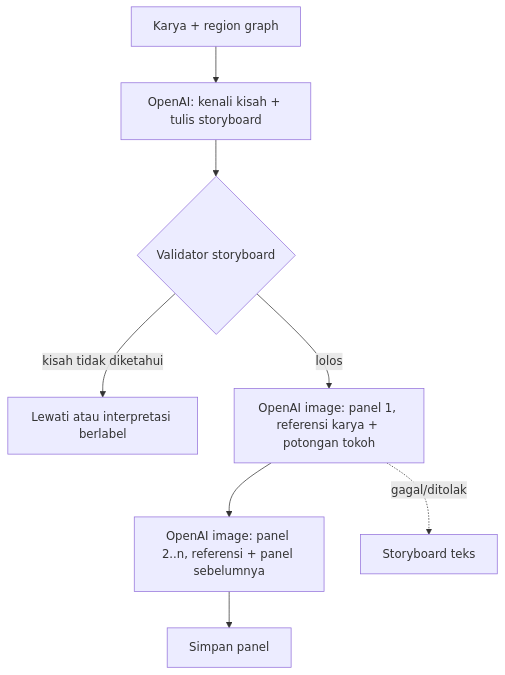
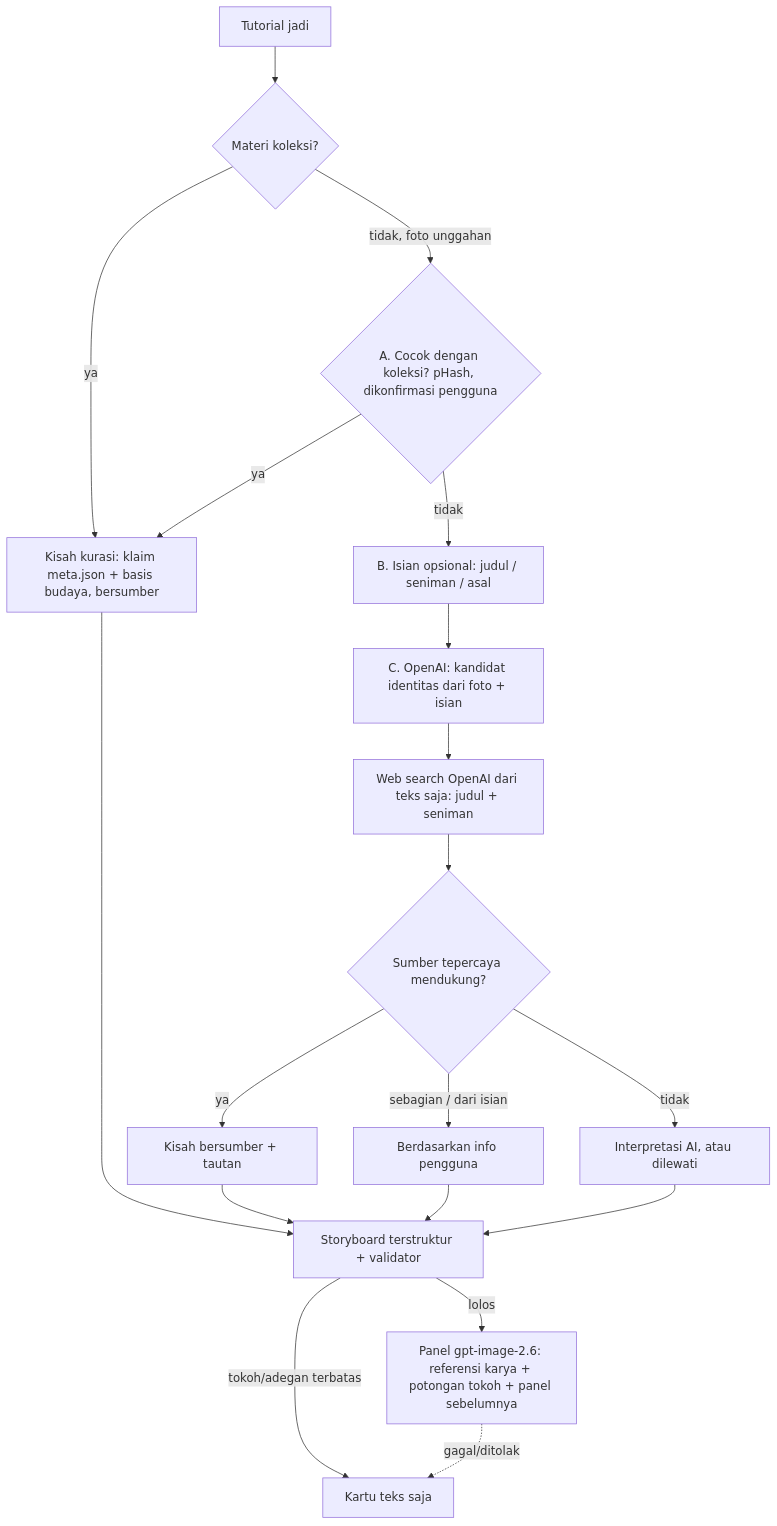
Before and after one commit to iqbalvrd/Rerupa: the second of 2 diagrams in RENCANA_PENGERJAAN.md, drawn with Mermaid. The commit also changed other lines of this file and 2 other files, not shown here.

Commit message:
Rencana Fase 8: storyline untuk koleksi dan foto unggahan
- Sumber kisah berlapis: kurasi koleksi -> cocok koleksi (dikonfirmasi pengguna) -> isian judul/seniman -> pencarian sumber web (teks saja)
- Klaim fakta hanya dengan sumber tepercaya + URL; label story_basis tampil di storyline (Kisah bersumber / Berdasarkan info dari kamu / Interpretasi AI)
- PRD (F15, FR16, kondisi alternatif, aturan storyline, endpoint, batas), RENCANA 4.8, diagram arsitektur 6.5

````diff
--- a/RENCANA_PENGERJAAN.md
+++ b/RENCANA_PENGERJAAN.md
@@ -239,10 +241,21 @@
 ```mermaid
 flowchart TD
-    A[Karya + region graph] --> B[OpenAI: kenali kisah + tulis storyboard]
-    B --> C{Validator storyboard}
-    C -- kisah tidak diketahui --> T[Lewati atau interpretasi berlabel]
-    C -- lolos --> D[OpenAI image: panel 1, referensi karya + potongan tokoh]
-    D --> E[OpenAI image: panel 2..n, referensi + panel sebelumnya]
-    E --> F[Simpan panel]
-    D -. gagal/ditolak .-> G[Storyboard teks]
+    S[Tutorial jadi] --> K{Materi koleksi?}
+    K -- ya --> KUR[Kisah kurasi: klaim meta.json + basis budaya, bersumber]
+    K -- tidak, foto unggahan --> M{A. Cocok dengan koleksi? pHash, dikonfirmasi pengguna}
+    M -- ya --> KUR
+    M -- tidak --> U[B. Isian opsional: judul / seniman / asal]
+    U --> AI[C. OpenAI: kandidat identitas dari foto + isian]
+    AI --> W[Web search OpenAI dari teks saja: judul + seniman]
+    W --> V{Sumber tepercaya mendukung?}
+    V -- ya --> F[Kisah bersumber + tautan]
+    V -- sebagian / dari isian --> I1[Berdasarkan info pengguna]
+    V -- tidak --> I2[Interpretasi AI, atau dilewati]
+    KUR --> SB[Storyboard terstruktur + validator]
+    F --> SB
+    I1 --> SB
+    I2 --> SB
+    SB -- tokoh/adegan terbatas --> T[Kartu teks saja]
+    SB -- lolos --> P[Panel gpt-image-2.6: referensi karya + potongan tokoh + panel sebelumnya]
+    P -. gagal/ditolak .-> T
 ```
````
